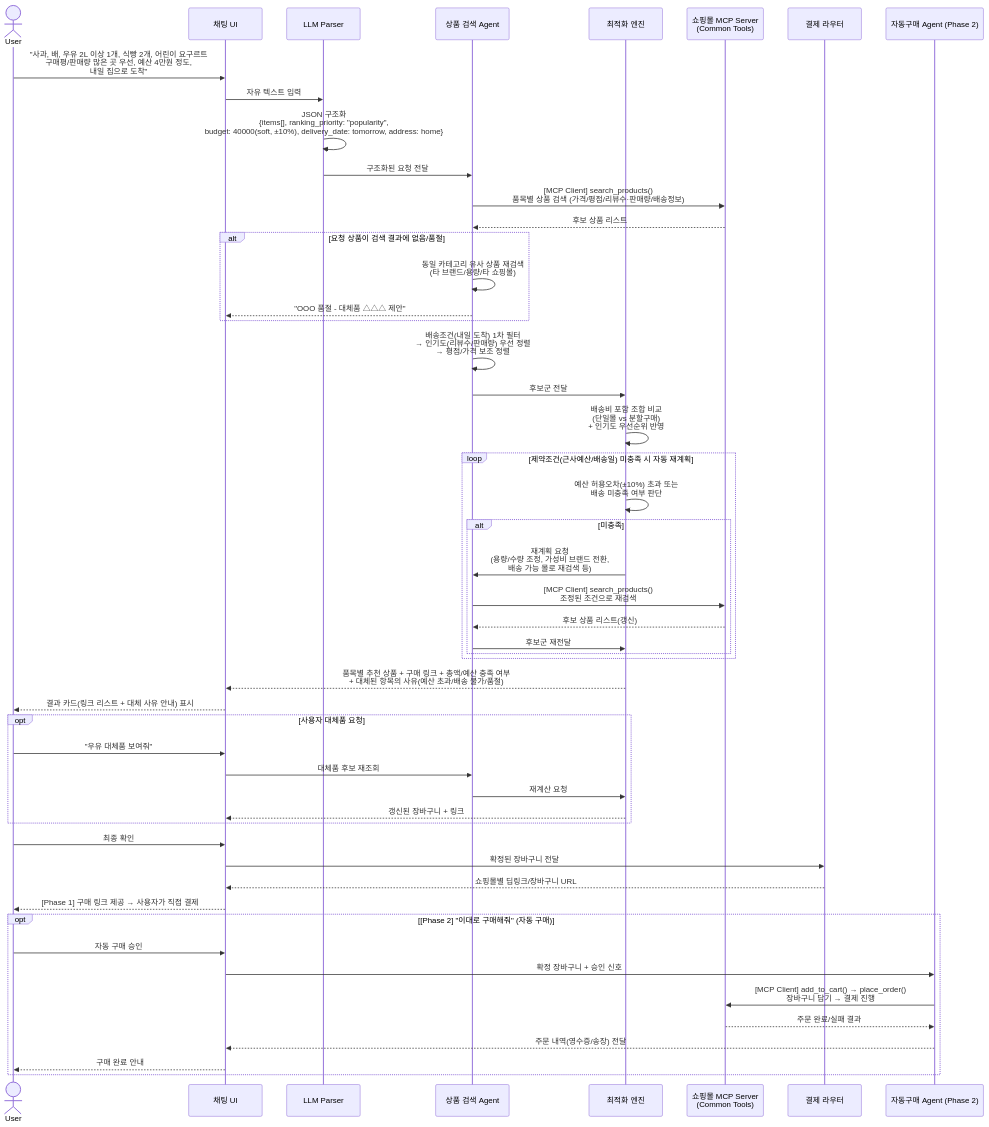
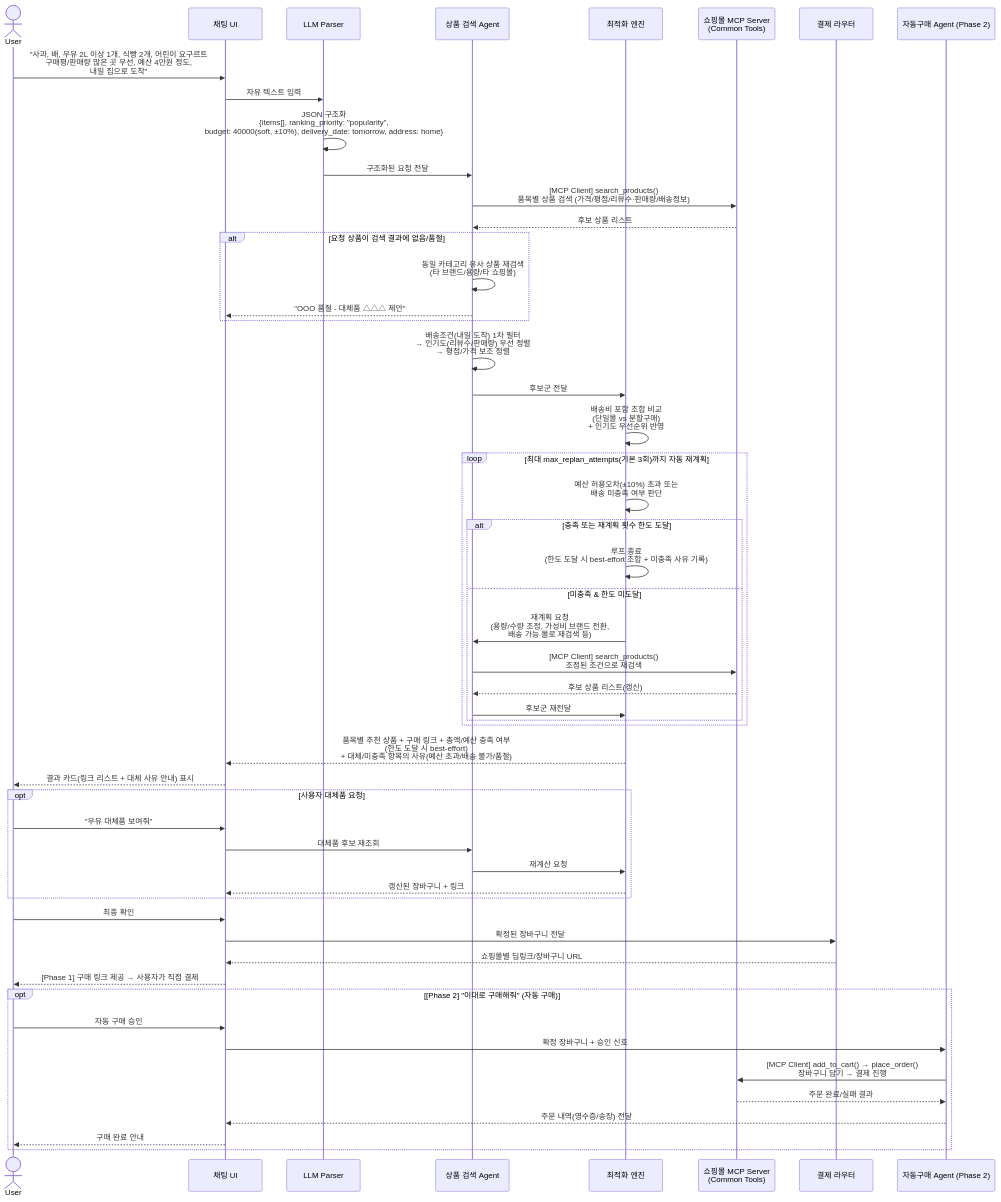
Before and after one commit to ace19-dev/SmartCart_Agent: the fourth of 4 diagrams in README.md, drawn with Mermaid. The commit also changed other lines of this file and 6 other files, not shown here.

First line of the commit message:
Add replan loop termination condition (max_replan_attempts)

````diff
--- a/README.md
+++ b/README.md
@@ -211,61 +211,63 @@
 ```mermaid
 sequenceDiagram
     actor User
     participant UI as 채팅 UI
     participant Parser as LLM Parser
     participant Search as 상품 검색 Agent
     participant Optimizer as 최적화 엔진
     participant Mall as 쇼핑몰 MCP Server<br/>(Common Tools)
     participant Router as 결제 라우터
     participant Purchase as 자동구매 Agent (Phase 2)
 
     User->>UI: "사과, 배, 우유 2L 이상 1개, 식빵 2개, 어린이 요구르트<br/>구매평/판매량 많은 곳 우선, 예산 4만원 정도,<br/>내일 집으로 도착"
     UI->>Parser: 자유 텍스트 입력
     Parser->>Parser: JSON 구조화<br/>{items[], ranking_priority: "popularity",<br/>budget: 40000(soft, ±10%), delivery_date: tomorrow, address: home}
     Parser->>Search: 구조화된 요청 전달
     Search->>Mall: [MCP Client] search_products()<br/>품목별 상품 검색 (가격/평점/리뷰수·판매량/배송정보)
     Mall-->>Search: 후보 상품 리스트
 
     alt 요청 상품이 검색 결과에 없음/품절
         Search->>Search: 동일 카테고리 유사 상품 재검색<br/>(타 브랜드/용량/타 쇼핑몰)
         Search-->>UI: "OOO 품절 - 대체품 △△△ 제안"
     end
 
     Search->>Search: 배송조건(내일 도착) 1차 필터<br/>→ 인기도(리뷰수/판매량) 우선 정렬<br/>→ 평점/가격 보조 정렬
     Search->>Optimizer: 후보군 전달
     Optimizer->>Optimizer: 배송비 포함 조합 비교<br/>(단일몰 vs 분할구매)<br/>+ 인기도 우선순위 반영
 
-    loop 제약조건(근사예산/배송일) 미충족 시 자동 재계획
+    loop 최대 max_replan_attempts(기본 3회)까지 자동 재계획
         Optimizer->>Optimizer: 예산 허용오차(±10%) 초과 또는<br/>배송 미충족 여부 판단
-        alt 미충족
+        alt 충족 또는 재계획 횟수 한도 도달
+            Optimizer->>Optimizer: 루프 종료<br/>(한도 도달 시 best-effort 조합 + 미충족 사유 기록)
+        else 미충족 & 한도 미도달
             Optimizer->>Search: 재계획 요청<br/>(용량/수량 조정, 가성비 브랜드 전환,<br/>배송 가능 몰로 재검색 등)
             Search->>Mall: [MCP Client] search_products()<br/>조정된 조건으로 재검색
             Mall-->>Search: 후보 상품 리스트(갱신)
             Search->>Optimizer: 후보군 재전달
         end
     end
 
-    Optimizer-->>UI: 품목별 추천 상품 + 구매 링크 + 총액/예산 충족 여부<br/>+ 대체된 항목의 사유(예산 초과/배송 불가/품절)
+    Optimizer-->>UI: 품목별 추천 상품 + 구매 링크 + 총액/예산 충족 여부<br/>(한도 도달 시 best-effort)<br/>+ 대체/미충족 항목의 사유(예산 초과/배송 불가/품절)
     UI-->>User: 결과 카드(링크 리스트 + 대체 사유 안내) 표시
 
     opt 사용자 대체품 요청
         User->>UI: "우유 대체품 보여줘"
         UI->>Search: 대체품 후보 재조회
         Search->>Optimizer: 재계산 요청
         Optimizer-->>UI: 갱신된 장바구니 + 링크
     end
 
     User->>UI: 최종 확인
     UI->>Router: 확정된 장바구니 전달
     Router-->>UI: 쇼핑몰별 딥링크/장바구니 URL
     UI-->>User: [Phase 1] 구매 링크 제공 → 사용자가 직접 결제
 
     opt [Phase 2] "이대로 구매해줘" (자동 구매)
         User->>UI: 자동 구매 승인
         UI->>Purchase: 확정 장바구니 + 승인 신호
         Purchase->>Mall: [MCP Client] add_to_cart() → place_order()<br/>장바구니 담기 → 결제 진행
         Mall-->>Purchase: 주문 완료/실패 결과
         Purchase-->>UI: 주문 내역(영수증/송장) 전달
         UI-->>User: 구매 완료 안내
     end
 ```
````
